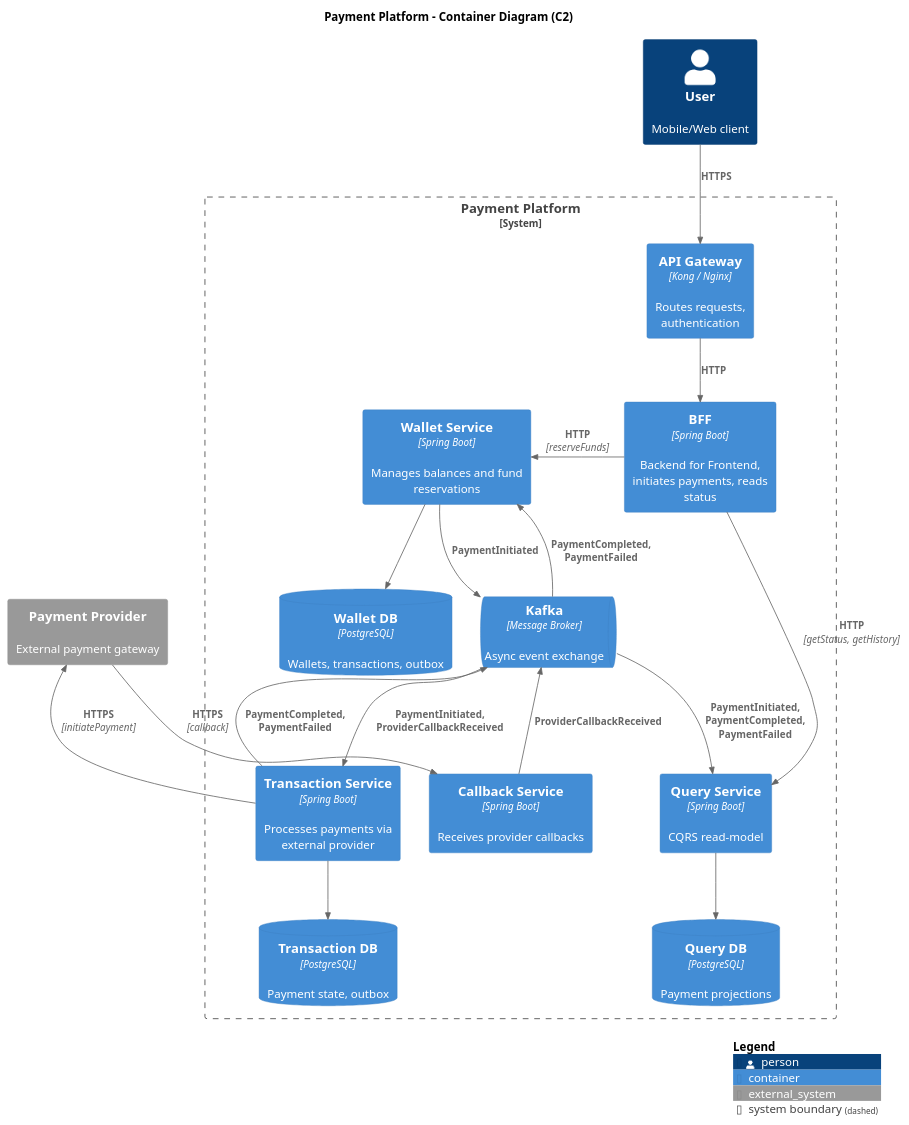
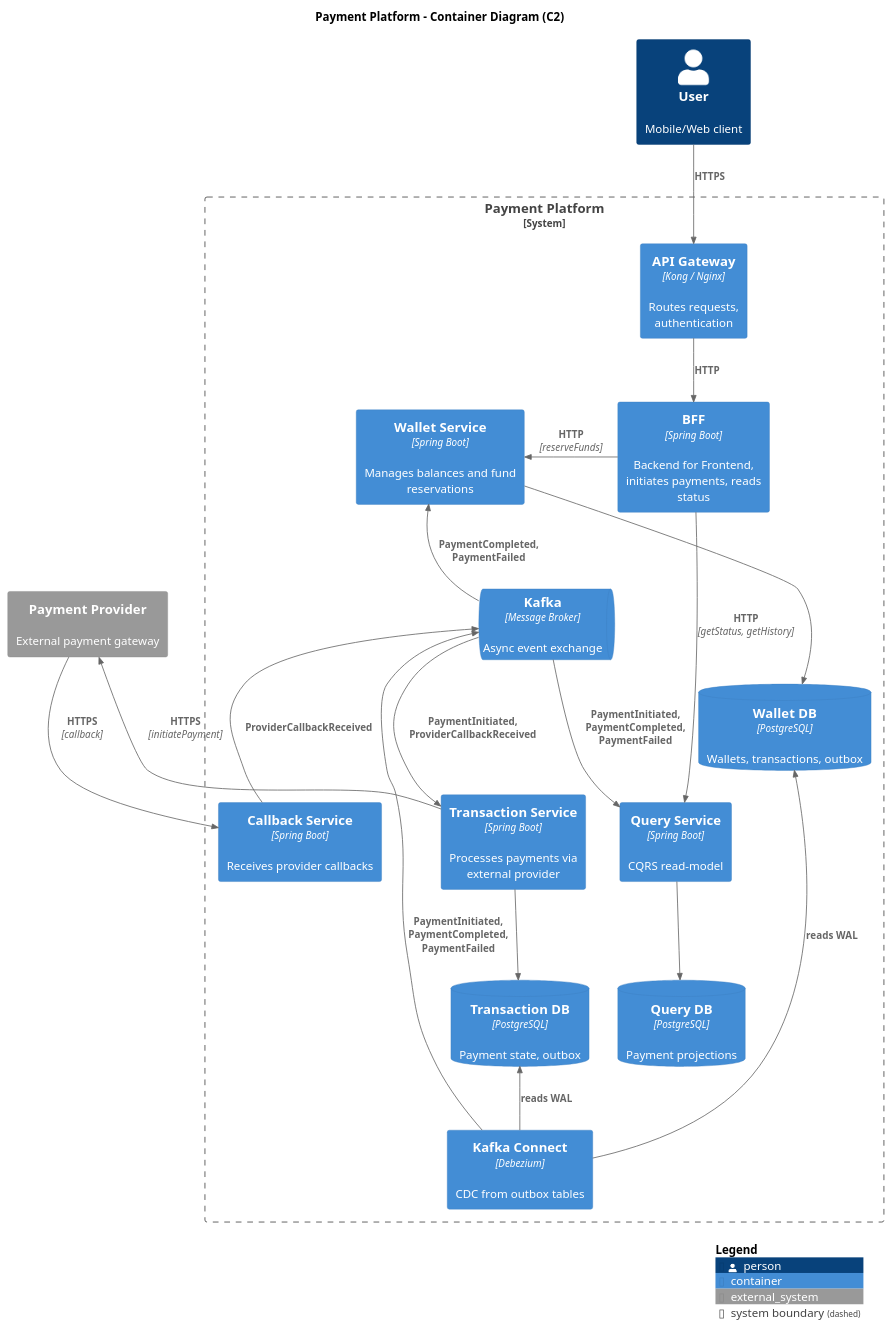
Before and after one commit to krsvyat/system-design: the diagram in week2/diagrams/c2.puml, drawn with PlantUML. The commit also changed 4 other files, not shown here.

```diff
--- a/week2/diagrams/c2.puml
+++ b/week2/diagrams/c2.puml
@@ -1,73 +1,78 @@
 @startuml c2_container
 !include https://raw.githubusercontent.com/plantuml-stdlib/C4-PlantUML/master/C4_Container.puml
 
 title Payment Platform - Container Diagram (C2)
 
 Person(user, "User", "Mobile/Web client")
 
 System_Boundary(payment_platform, "Payment Platform") {
 
     Container(gateway, "API Gateway", "Kong / Nginx", "Routes requests, authentication")
 
     Container(bff, "BFF", "Spring Boot", "Backend for Frontend, initiates payments, reads status")
 
     Container(wallet_service, "Wallet Service", "Spring Boot", "Manages balances and fund reservations")
 
     Container(transaction_service, "Transaction Service", "Spring Boot", "Processes payments via external provider")
 
     Container(callback_service, "Callback Service", "Spring Boot", "Receives provider callbacks")
 
     Container(query_service, "Query Service", "Spring Boot", "CQRS read-model")
 
     ContainerDb(wallet_db, "Wallet DB", "PostgreSQL", "Wallets, transactions, outbox")
 
     ContainerDb(transaction_db, "Transaction DB", "PostgreSQL", "Payment state, outbox")
 
     ContainerDb(query_db, "Query DB", "PostgreSQL", "Payment projections")
 
     ContainerQueue(broker, "Kafka", "Message Broker", "Async event exchange")
+
+    Container(kafka_connect, "Kafka Connect", "Debezium", "CDC from outbox tables")
 }
 
 System_Ext(provider, "Payment Provider", "External payment gateway")
 
 ' === LAYOUT ===
 Lay_R(wallet_service, broker)
 Lay_R(broker, transaction_service)
 Lay_R(transaction_service, callback_service)
 Lay_D(bff, broker)
 Lay_D(broker, query_service)
 
 ' === RELATIONSHIPS ===
 
 ' Entry point
 Rel_D(user, gateway, "HTTPS")
 Rel_D(gateway, bff, "HTTP")
 
 ' BFF commands
 Rel_L(bff, wallet_service, "HTTP", "reserveFunds")
 Rel_R(bff, query_service, "HTTP", "getStatus, getHistory")
 
 ' Database connections
 Rel_D(wallet_service, wallet_db, "")
 Rel_D(transaction_service, transaction_db, "")
 Rel_D(query_service, query_db, "")
 
-' Publishers -> Kafka
-Rel_R(wallet_service, broker, "PaymentInitiated")
-Rel_U(transaction_service, broker, "PaymentCompleted, PaymentFailed")
+' CDC: Kafka Connect reads outbox tables
+Rel_U(kafka_connect, wallet_db, "reads WAL")
+Rel_U(kafka_connect, transaction_db, "reads WAL")
+Rel_U(kafka_connect, broker, "PaymentInitiated, PaymentCompleted, PaymentFailed")
+
+' Callback Service -> Kafka
 Rel_L(callback_service, broker, "ProviderCallbackReceived")
 
 ' Kafka -> Consumers
 Rel_D(broker, transaction_service, "PaymentInitiated, ProviderCallbackReceived")
 Rel_L(broker, wallet_service, "PaymentCompleted, PaymentFailed")
 Rel_D(broker, query_service, "PaymentInitiated, PaymentCompleted, PaymentFailed")
 
 ' Transaction -> Provider
 Rel_R(transaction_service, provider, "HTTPS", "initiatePayment")
 
 ' Provider callback flow
 Rel(provider, callback_service, "HTTPS", "callback")
 
 SHOW_LEGEND()
 
 @enduml
```
